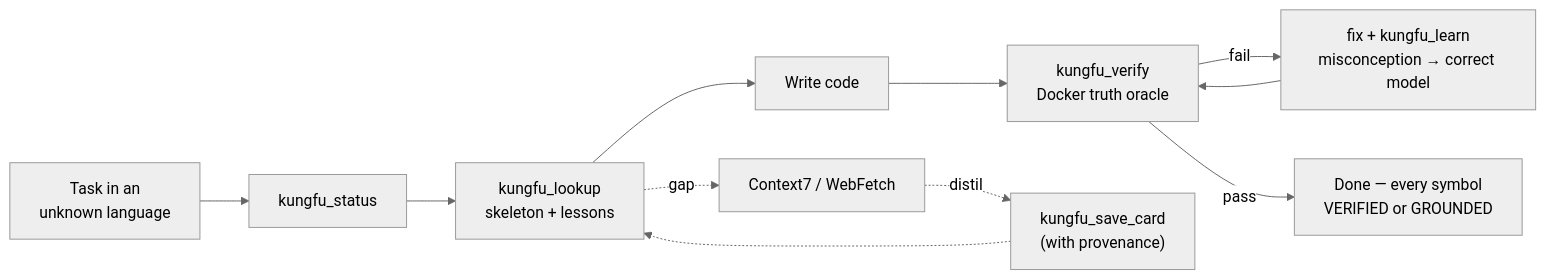
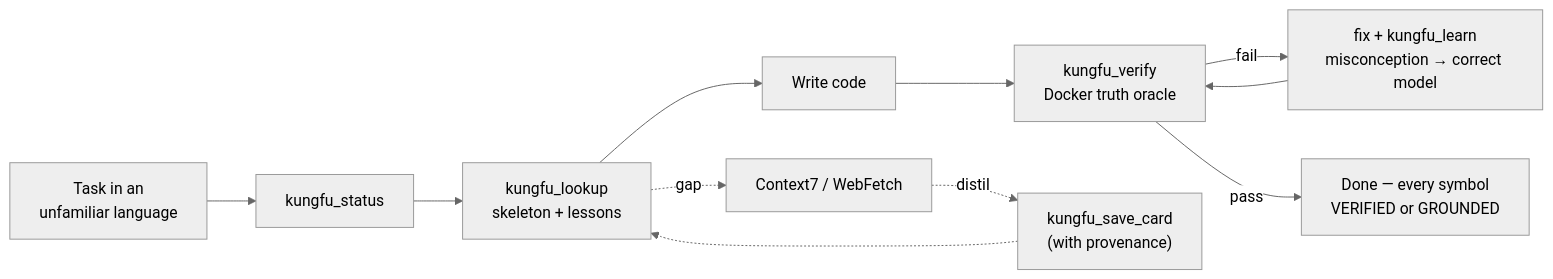
The diagram in README.md (emircbngl/claude-i-know-kungfu), drawn with Mermaid (neutral theme) before and after one commit. The commit also changed other lines of this file and 6 other files, not shown here.

````diff
--- a/README.md
+++ b/README.md
@@ -48,11 +47,11 @@
 ```mermaid
 flowchart LR
-    A[Task in an<br/>unknown language] --> S["kungfu_status"]
+    A[Task in an<br/>unfamiliar language] --> S["kungfu_status"]
     S --> L["kungfu_lookup<br/>skeleton + lessons"]
     L --> W[Write code]
     W --> V["kungfu_verify<br/>Docker truth oracle"]
     V -- fail --> F["fix + kungfu_learn<br/>misconception → correct model"]
     F --> V
     V -- pass --> D["Done — every symbol<br/>VERIFIED or GROUNDED"]
     L -. gap .-> FE["Context7 / WebFetch"] -. distil .-> SC["kungfu_save_card<br/>(with provenance)"] -.-> L
 ```
````
